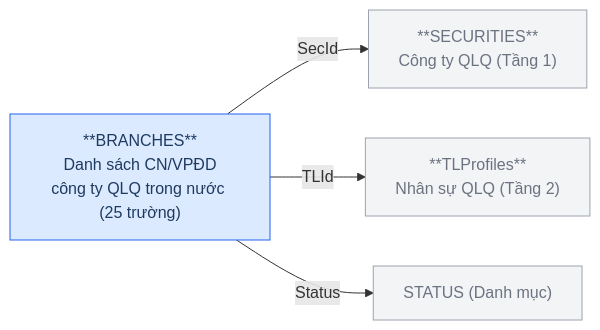
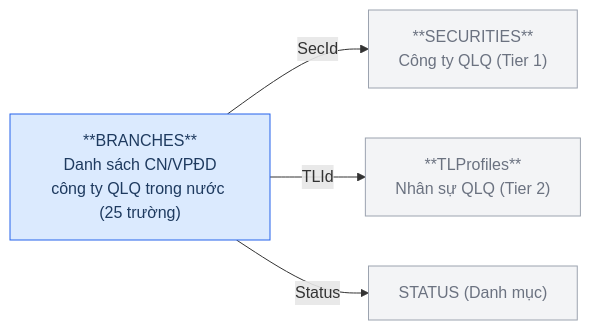
One commit to linhlvit/ubck_atomic_design changed the third of 16 diagrams in Silver/hld/FMS_HLD_Tier2.md. Above: the diagram before and after it, drawn with Mermaid. The commit also changed other lines of this file and 111 other files, not shown here.

````diff
--- a/Silver/hld/FMS_HLD_Tier2.md
+++ b/Silver/hld/FMS_HLD_Tier2.md
@@ -69,14 +63,14 @@
 ```mermaid
 graph LR
     classDef src fill:#dbeafe,stroke:#2563eb,color:#1e3a5f
     classDef ref fill:#f3f4f6,stroke:#9ca3af,color:#6b7280
 
-    SECURITIES["**SECURITIES**\nCông ty QLQ (Tầng 1)"]:::ref
-    TL_ref["**TLProfiles**\nNhân sự QLQ (Tầng 2)"]:::ref
+    SECURITIES["**SECURITIES**\nCông ty QLQ (Tier 1)"]:::ref
+    TL_ref["**TLProfiles**\nNhân sự QLQ (Tier 2)"]:::ref
     STATUS["STATUS (Danh mục)"]:::ref
     BRANCHES["**BRANCHES**\nDanh sách CN/VPĐD\ncông ty QLQ trong nước (25 trường)"]:::src
 
     BRANCHES -->|SecId| SECURITIES
     BRANCHES -->|TLId| TL_ref
     BRANCHES -->|Status| STATUS
 ```
````
